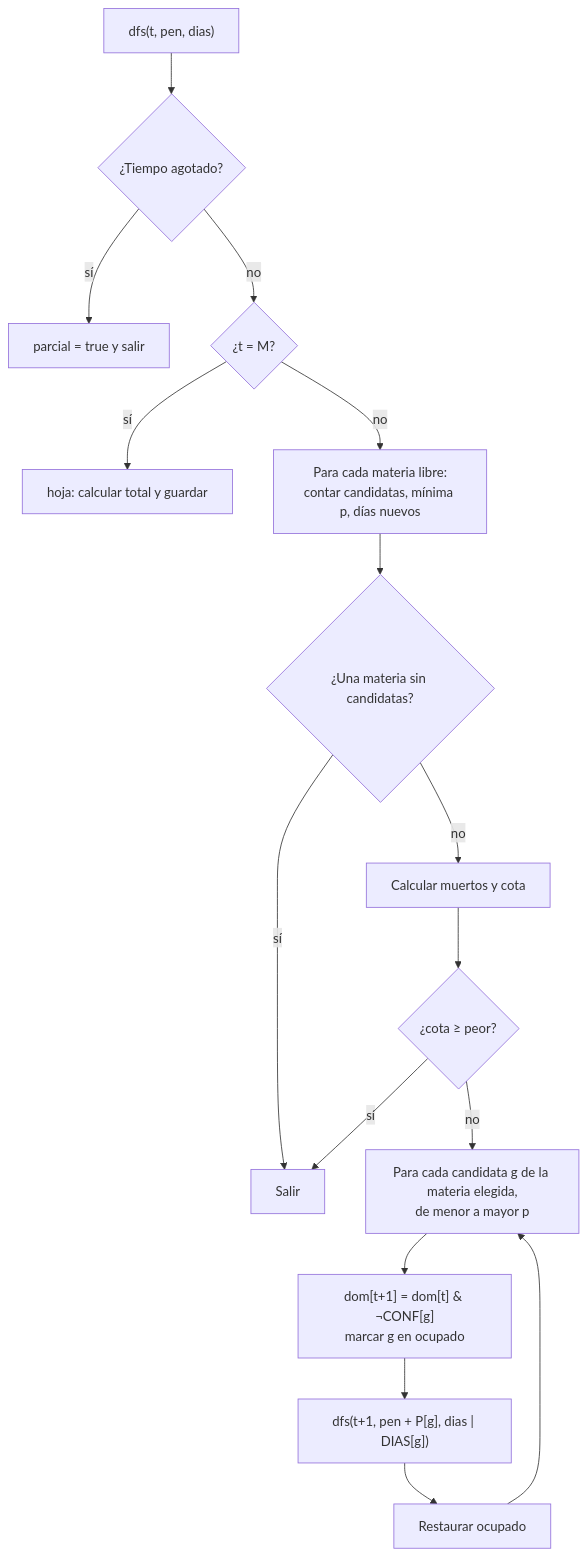
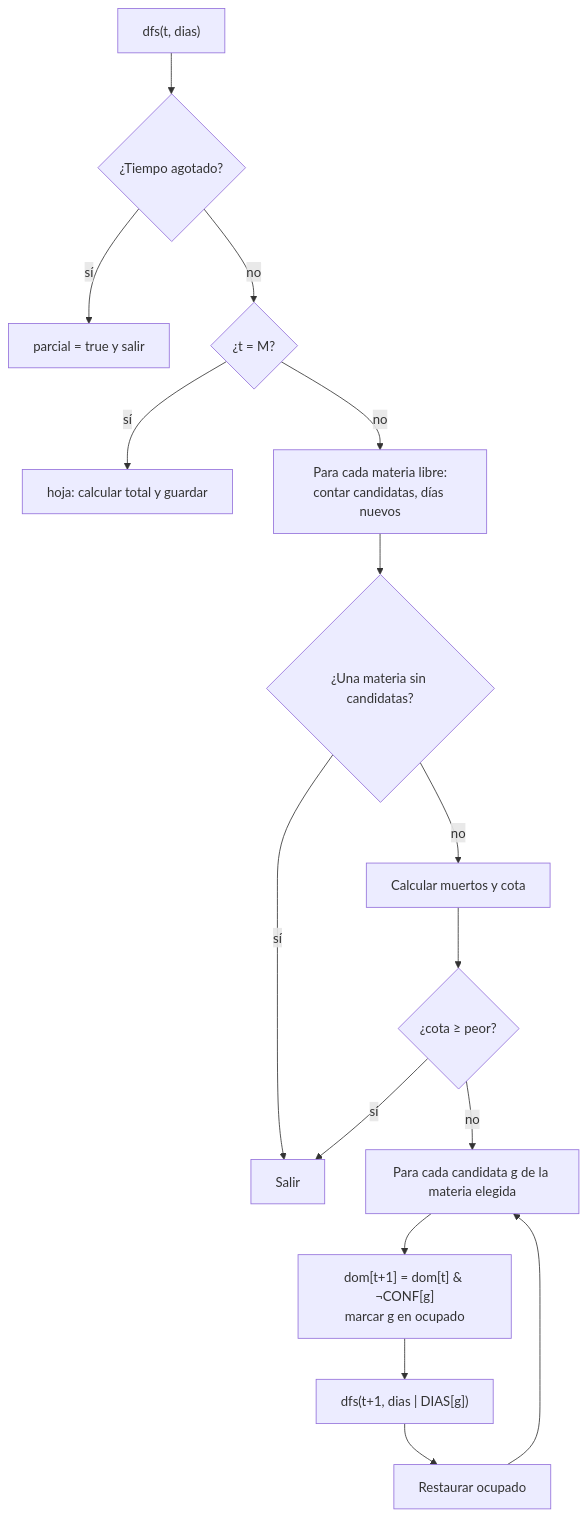
One commit to 1997-bit/prototipo-horautp changed the diagram in docs/05-solver.md. Above: the diagram before and after it, drawn with Mermaid. The commit also changed other lines of this file and 49 other files, not shown here.

````diff
--- a/docs/05-solver.md
+++ b/docs/05-solver.md
@@ -58,18 +57,18 @@
 ```mermaid
 flowchart TB
-  A["dfs(t, pen, dias)"] --> T{"¿Tiempo agotado?"}
+  A["dfs(t, dias)"] --> T{"¿Tiempo agotado?"}
   T -- sí --> X[parcial = true y salir]
   T -- no --> H{"¿t = M?"}
   H -- sí --> L["hoja: calcular total y guardar"]
-  H -- no --> C["Para cada materia libre:<br/>contar candidatas, mínima p, días nuevos"]
+  H -- no --> C["Para cada materia libre:<br/>contar candidatas, días nuevos"]
   C --> Z{"¿Una materia sin candidatas?"}
   Z -- sí --> R[Salir]
   Z -- no --> M["Calcular muertos y cota"]
   M --> Q{"¿cota ≥ peor?"}
   Q -- sí --> R
-  Q -- no --> E["Para cada candidata g de la materia elegida,<br/>de menor a mayor p"]
+  Q -- no --> E["Para cada candidata g de la materia elegida"]
   E --> F["dom[t+1] = dom[t] & ¬CONF[g]<br/>marcar g en ocupado"]
-  F --> A2["dfs(t+1, pen + P[g], dias | DIAS[g])"]
+  F --> A2["dfs(t+1, dias | DIAS[g])"]
   A2 --> U["Restaurar ocupado"]
   U --> E
 ```
````
